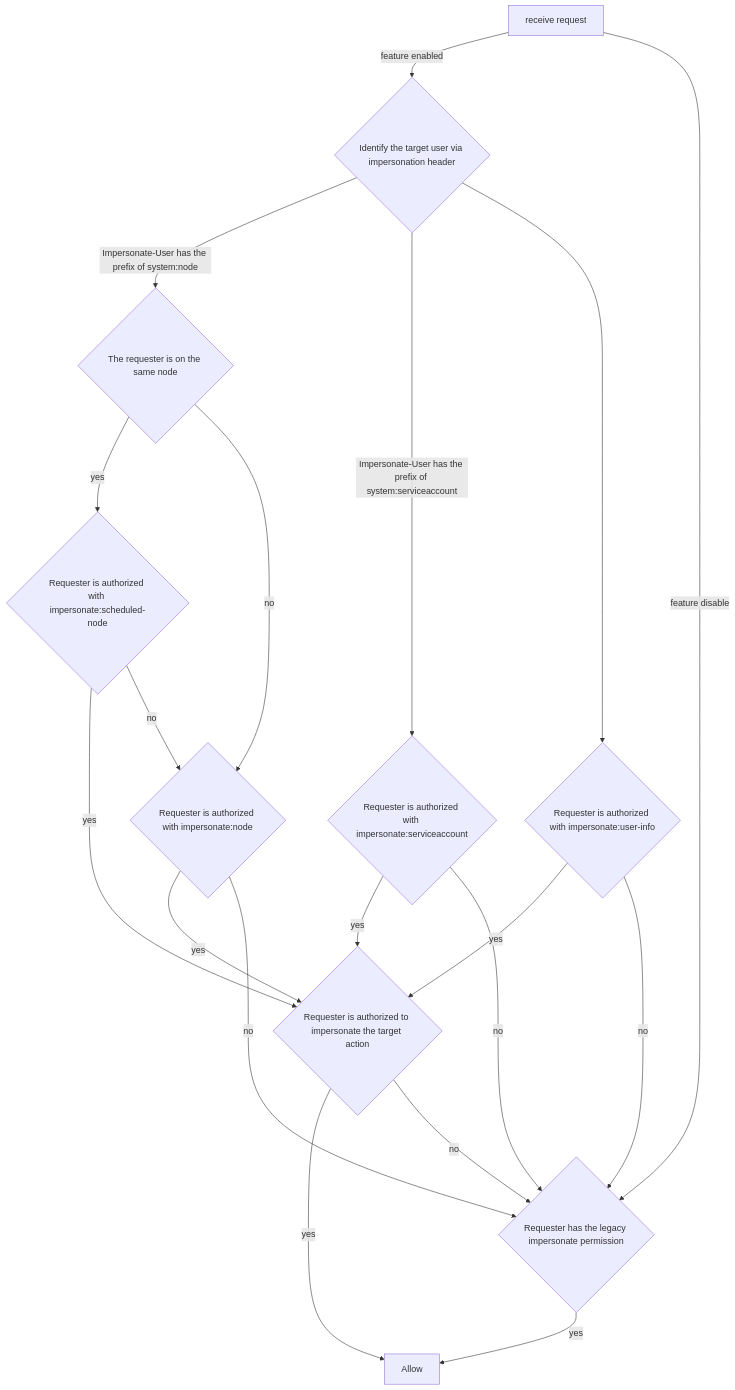
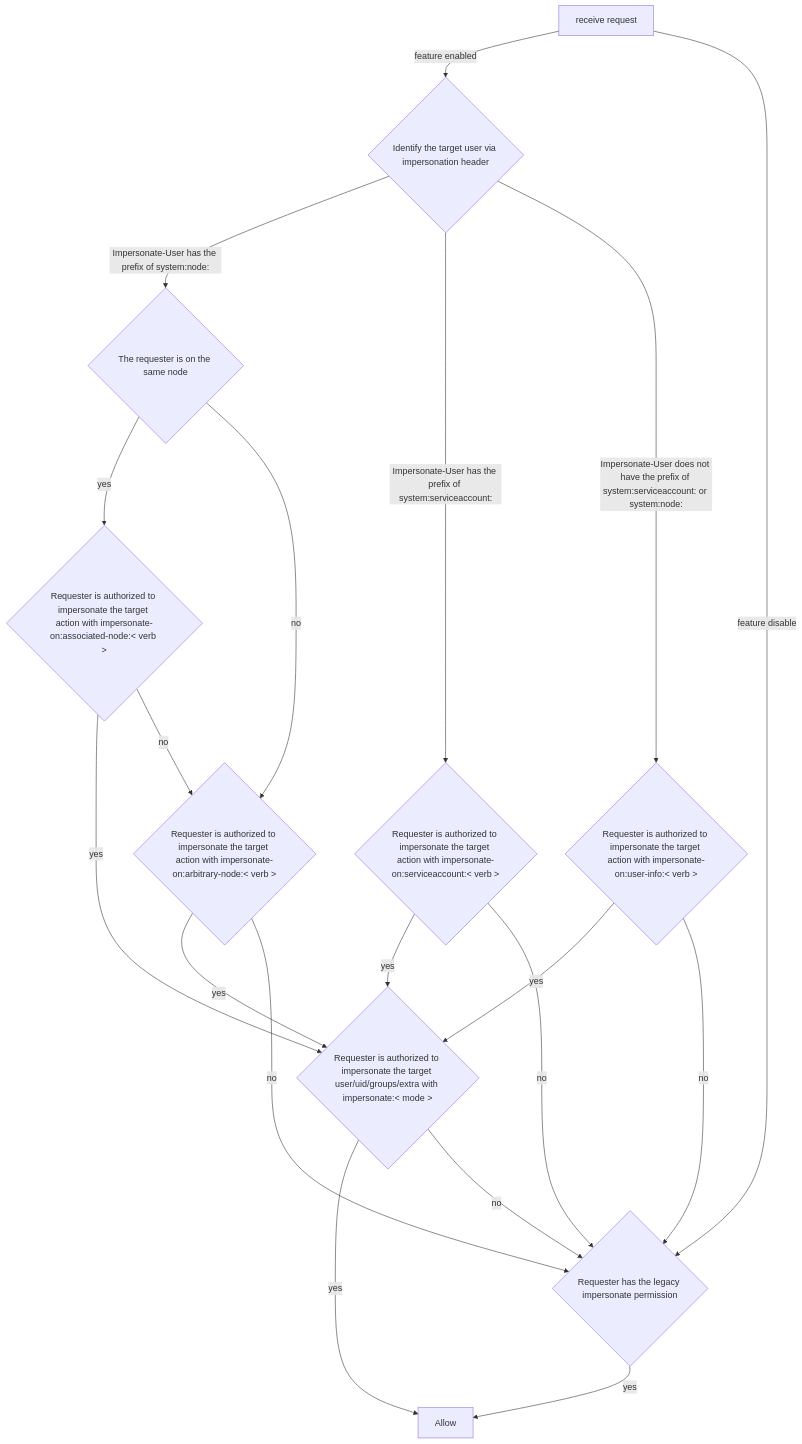
The diagram in keps/sig-auth/5284-constrained-impersonation/README.md (kubernetes/enhancements), drawn with Mermaid before and after one commit. The commit also changed other lines of this file and 1 other file, not shown here.

````diff
--- a/keps/sig-auth/5284-constrained-impersonation/README.md
+++ b/keps/sig-auth/5284-constrained-impersonation/README.md
@@ -361,21 +362,21 @@
 ```mermaid
 flowchart TD
-  A[receive request] -->|feature enabled| B{Identify the target user via impersonation header}
-  B --> |Impersonate-User has the prefix of system:node|C{The requester is on the same node}
-  C --> |yes| D{Requester is authorized with impersonate:scheduled-node}
-  C --> |no| E{Requester is authorized with impersonate:node}
-  D --> |yes| F{Requester is authorized to impersonate the target action}
+  A[receive request] --> |feature enabled| B{Identify the target user via impersonation header}
+  B --> |Impersonate-User has the prefix of system:node:|C{The requester is on the same node}
+  C --> |yes| D{Requester is authorized to impersonate the target action with impersonate-on:associated-node:< verb >}
+  C --> |no| E{Requester is authorized to impersonate the target action with impersonate-on:arbitrary-node:< verb >}
+  D --> |yes| F{Requester is authorized to impersonate the target user/uid/groups/extra with impersonate:< mode >}
   D --> |no| E
   E --> |yes| F
   E --> |no| H
   F -->|yes| G[Allow]
   A -->|feature disable| H{Requester has the legacy impersonate permission}
   H -->|yes| G
   F -->|no| H
-  B --> |Impersonate-User has the prefix of system:serviceaccount| I{Requester is authorized with impersonate:serviceaccount}
+  B --> |Impersonate-User has the prefix of system:serviceaccount:| I{Requester is authorized to impersonate the target action with impersonate-on:serviceaccount:< verb >}
   I --> |yes| F
   I --> |no| H
-  B --> J{Requester is authorized with impersonate:user-info}
+  B --> |Impersonate-User does not have the prefix of system:serviceaccount: or system:node:| J{Requester is authorized to impersonate the target action with impersonate-on:user-info:< verb >}
   J --> |yes|F
   J --> |no|H
 ```
````
